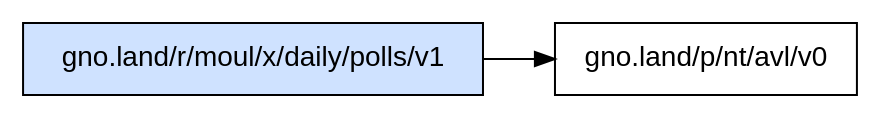
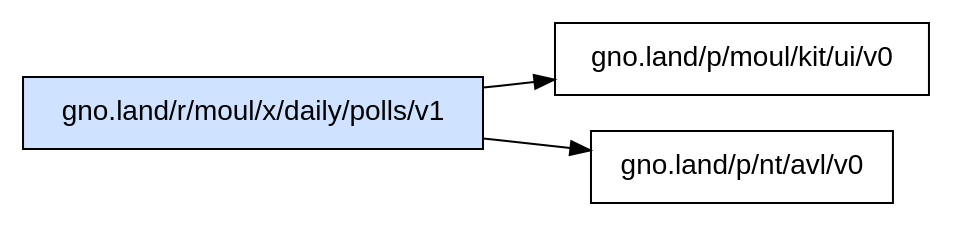
The diagram in _assets/gno.land/r/moul/x/daily/polls/v1/deps.dot (moul/gno-contracts), drawn with Graphviz before and after one commit. The commit also changed 49 other files, not shown here.

Commit message:
chore: regenerate catalog, graphs and on-chain status [skip ci]

```diff
--- a/_assets/gno.land/r/moul/x/daily/polls/v1/deps.dot
+++ b/_assets/gno.land/r/moul/x/daily/polls/v1/deps.dot
@@ -1,6 +1,7 @@
 digraph deps {
   rankdir=LR;
   node [shape=box, fontname="sans-serif"];
   "gno.land/r/moul/x/daily/polls/v1" [style=filled, fillcolor="#cfe2ff"];
+  "gno.land/r/moul/x/daily/polls/v1" -> "gno.land/p/moul/kit/ui/v0";
   "gno.land/r/moul/x/daily/polls/v1" -> "gno.land/p/nt/avl/v0";
 }
```
